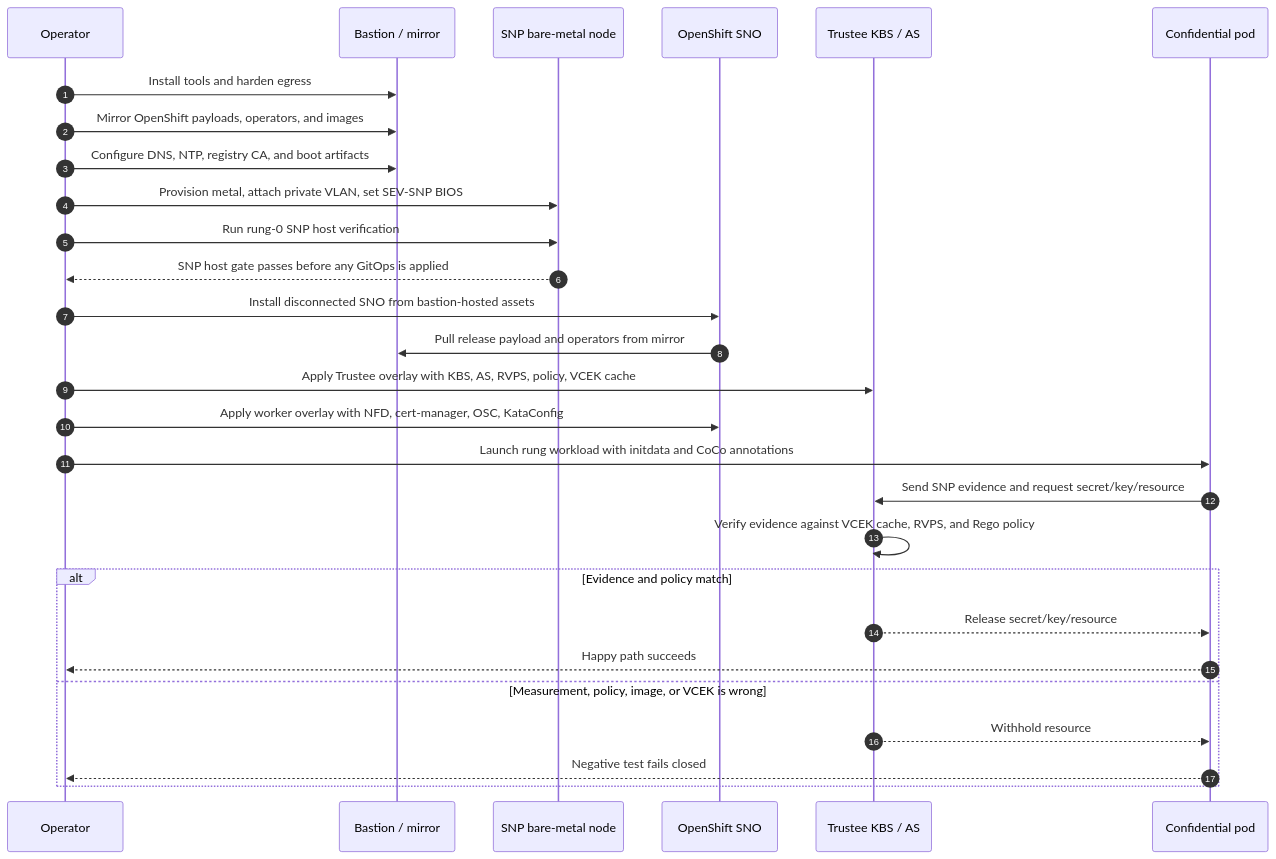
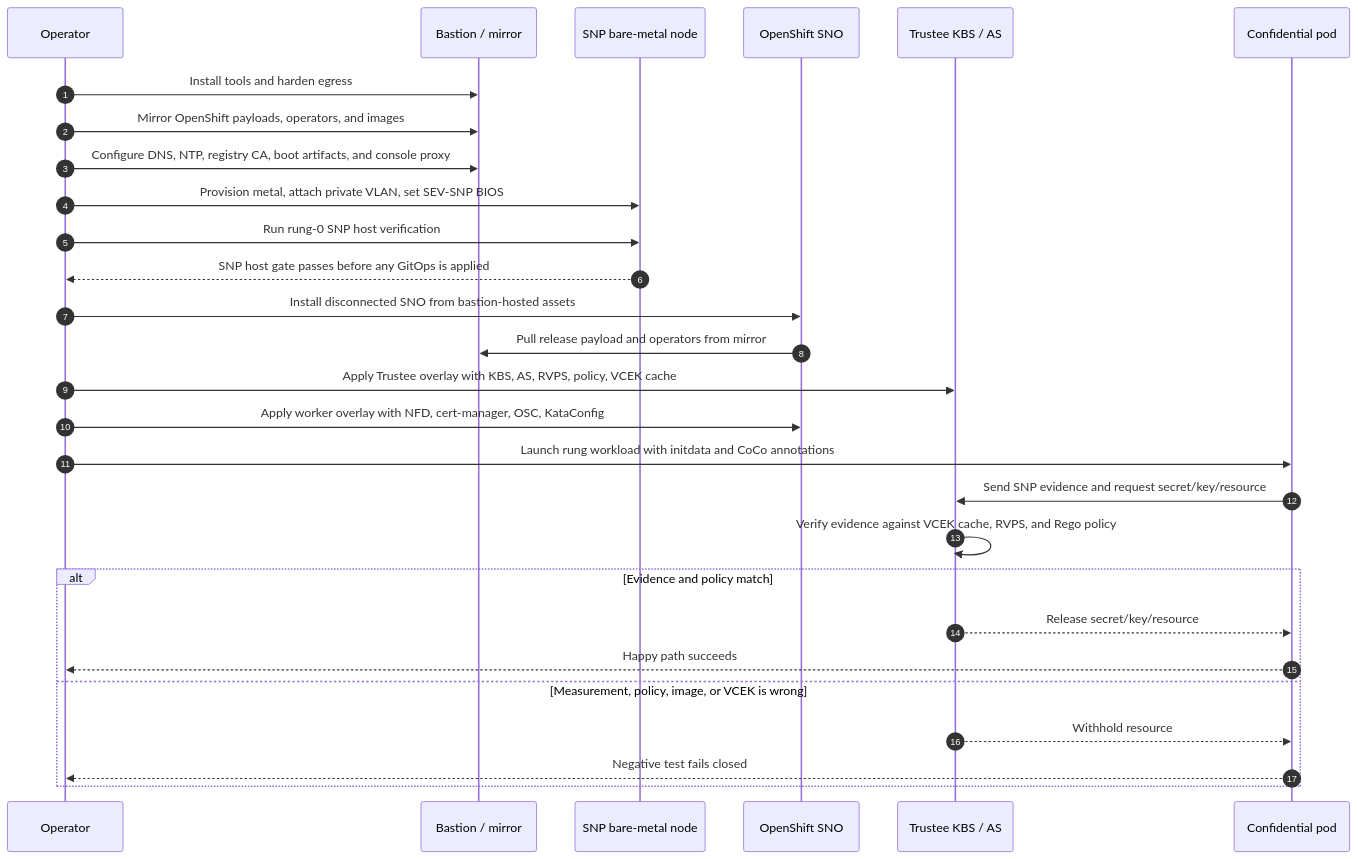
The second of 3 diagrams in docs/architecture.md (shpwrck/openshift-confidential-containers), drawn with Mermaid before and after one commit. The commit also changed other lines of this file and 1 other file, not shown here.

Commit message:
Document public console proxy in overview

````diff
--- a/docs/architecture.md
+++ b/docs/architecture.md
@@ -74,31 +78,31 @@
 ```mermaid
 sequenceDiagram
   autonumber
   participant Op as Operator
   participant Bastion as Bastion / mirror
   participant Node as SNP bare-metal node
   participant OCP as OpenShift SNO
   participant Trustee as Trustee KBS / AS
   participant Workload as Confidential pod
 
   Op->>Bastion: Install tools and harden egress
   Op->>Bastion: Mirror OpenShift payloads, operators, and images
-  Op->>Bastion: Configure DNS, NTP, registry CA, and boot artifacts
+  Op->>Bastion: Configure DNS, NTP, registry CA, boot artifacts, and console proxy
   Op->>Node: Provision metal, attach private VLAN, set SEV-SNP BIOS
   Op->>Node: Run rung-0 SNP host verification
   Node-->>Op: SNP host gate passes before any GitOps is applied
   Op->>OCP: Install disconnected SNO from bastion-hosted assets
   OCP->>Bastion: Pull release payload and operators from mirror
   Op->>Trustee: Apply Trustee overlay with KBS, AS, RVPS, policy, VCEK cache
   Op->>OCP: Apply worker overlay with NFD, cert-manager, OSC, KataConfig
   Op->>Workload: Launch rung workload with initdata and CoCo annotations
   Workload->>Trustee: Send SNP evidence and request secret/key/resource
   Trustee->>Trustee: Verify evidence against VCEK cache, RVPS, and Rego policy
   alt Evidence and policy match
     Trustee-->>Workload: Release secret/key/resource
     Workload-->>Op: Happy path succeeds
   else Measurement, policy, image, or VCEK is wrong
     Trustee-->>Workload: Withhold resource
     Workload-->>Op: Negative test fails closed
   end
 ```
````
